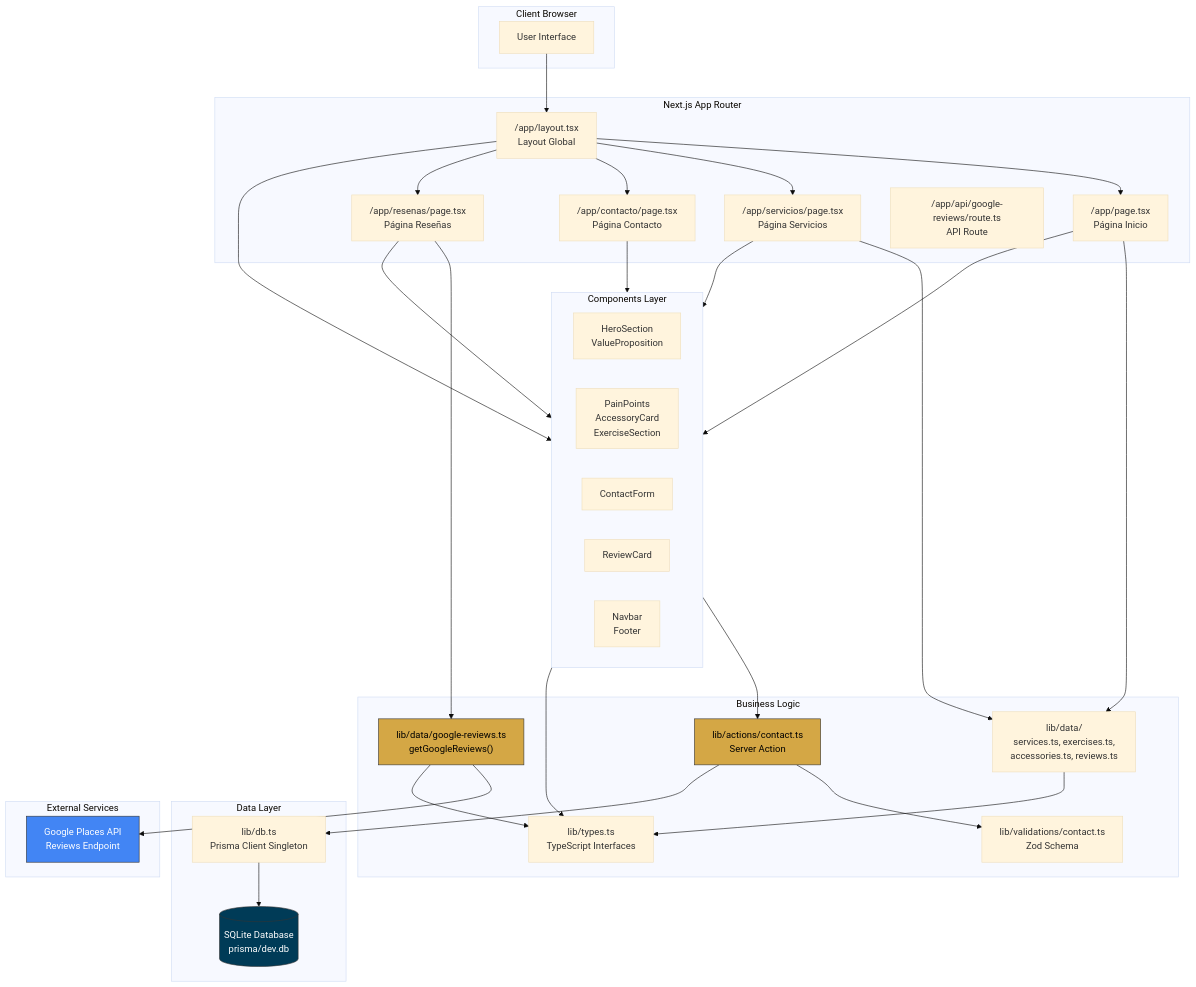
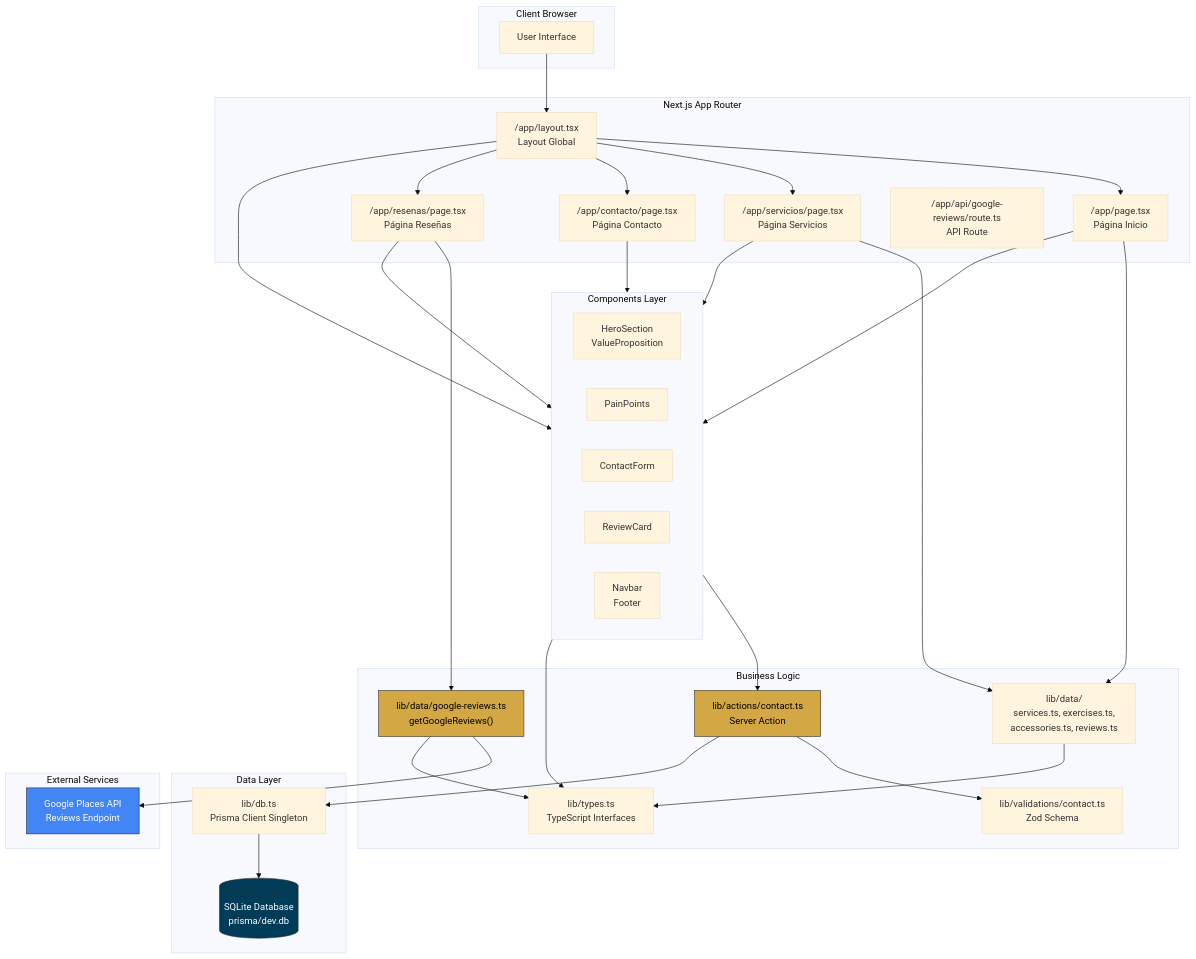
Before and after one commit to Leonela88/health-control-web: the first of 3 diagrams in README.md, drawn with Mermaid (base theme). The commit also changed other lines of this file and 1 other file, not shown here.

````diff
--- a/README.md
+++ b/README.md
@@ -204,70 +212,70 @@
 ```mermaid
 graph TB
     subgraph "Client Browser"
         UI[User Interface]
     end
 
     subgraph "Next.js App Router"
         HomePage["/app/page.tsx<br/>Página Inicio"]
         ServiciosPage["/app/servicios/page.tsx<br/>Página Servicios"]
         ContactoPage["/app/contacto/page.tsx<br/>Página Contacto"]
         ResenasPage["/app/resenas/page.tsx<br/>Página Reseñas"]
         Layout["/app/layout.tsx<br/>Layout Global"]
         APIRoute["/app/api/google-reviews/route.ts<br/>API Route"]
     end
 
     subgraph "Components Layer"
         direction LR
         HomeComponents["HeroSection<br/>ValueProposition"]
-        ServiciosComponents["PainPoints<br/>AccessoryCard<br/>ExerciseSection"]
+        ServiciosComponents["PainPoints"]
         ContactComponents["ContactForm"]
         ResenasComponents["ReviewCard"]
         LayoutComponents["Navbar<br/>Footer"]
     end
 
     subgraph "Business Logic"
         ServerAction["lib/actions/contact.ts<br/>Server Action"]
         GoogleReviews["lib/data/google-reviews.ts<br/>getGoogleReviews()"]
         StaticData["lib/data/<br/>services.ts, exercises.ts,<br/>accessories.ts, reviews.ts"]
         Validation["lib/validations/contact.ts<br/>Zod Schema"]
         Types["lib/types.ts<br/>TypeScript Interfaces"]
     end
 
     subgraph "Data Layer"
         PrismaClient["lib/db.ts<br/>Prisma Client Singleton"]
         DB[(SQLite Database<br/>prisma/dev.db)]
     end
 
     subgraph "External Services"
         GoogleAPI[Google Places API<br/>Reviews Endpoint]
     end
 
     UI --> Layout
     Layout --> HomePage & ServiciosPage & ContactoPage & ResenasPage
     Layout --> LayoutComponents
 
     HomePage --> HomeComponents
     ServiciosPage --> ServiciosComponents
     ContactoPage --> ContactComponents
     ResenasPage --> ResenasComponents
 
     ServiciosPage --> StaticData
     HomePage --> StaticData
     
     ContactComponents --> ServerAction
     ServerAction --> Validation
     ServerAction --> PrismaClient
     PrismaClient --> DB
 
     ResenasPage --> GoogleReviews
     GoogleReviews --> GoogleAPI
     GoogleReviews --> Types
     ResenasComponents --> Types
 
     StaticData --> Types
 
     style GoogleAPI fill:#4285f4,stroke:#333,color:#fff
     style DB fill:#003b57,stroke:#333,color:#fff
     style ServerAction fill:#d4a745,stroke:#333,color:#000
     style GoogleReviews fill:#d4a745,stroke:#333,color:#000
 ```
````
